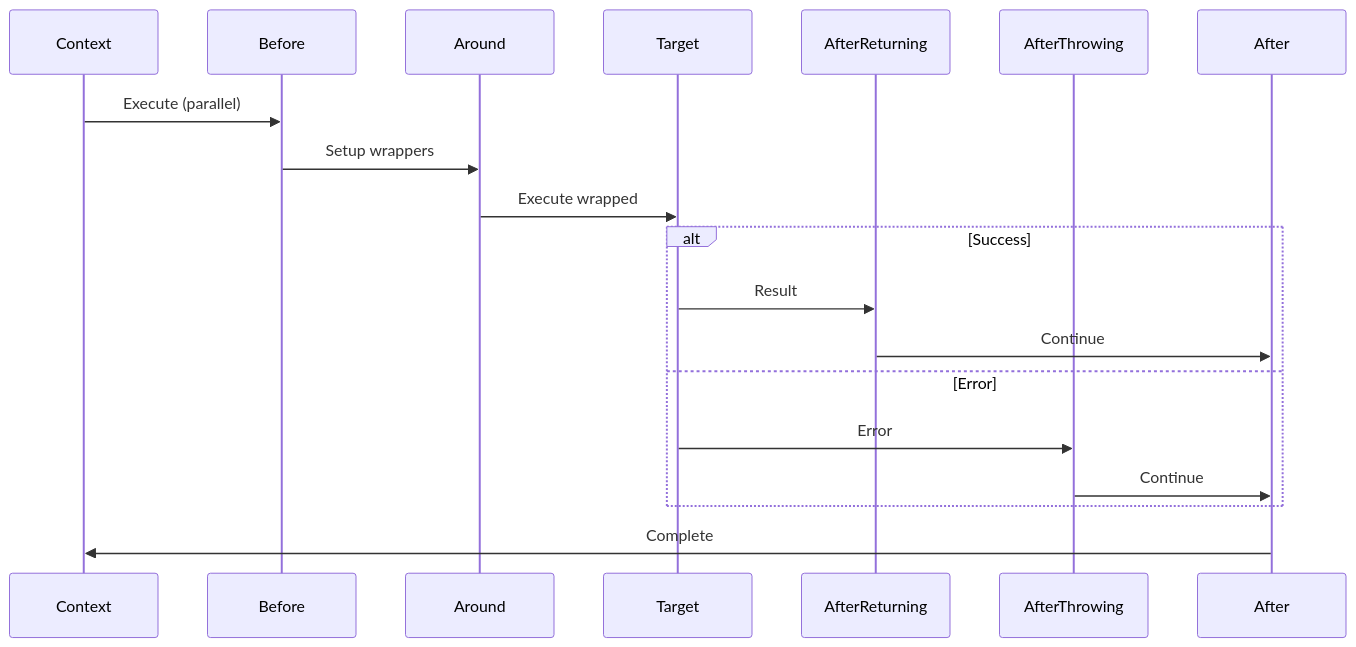
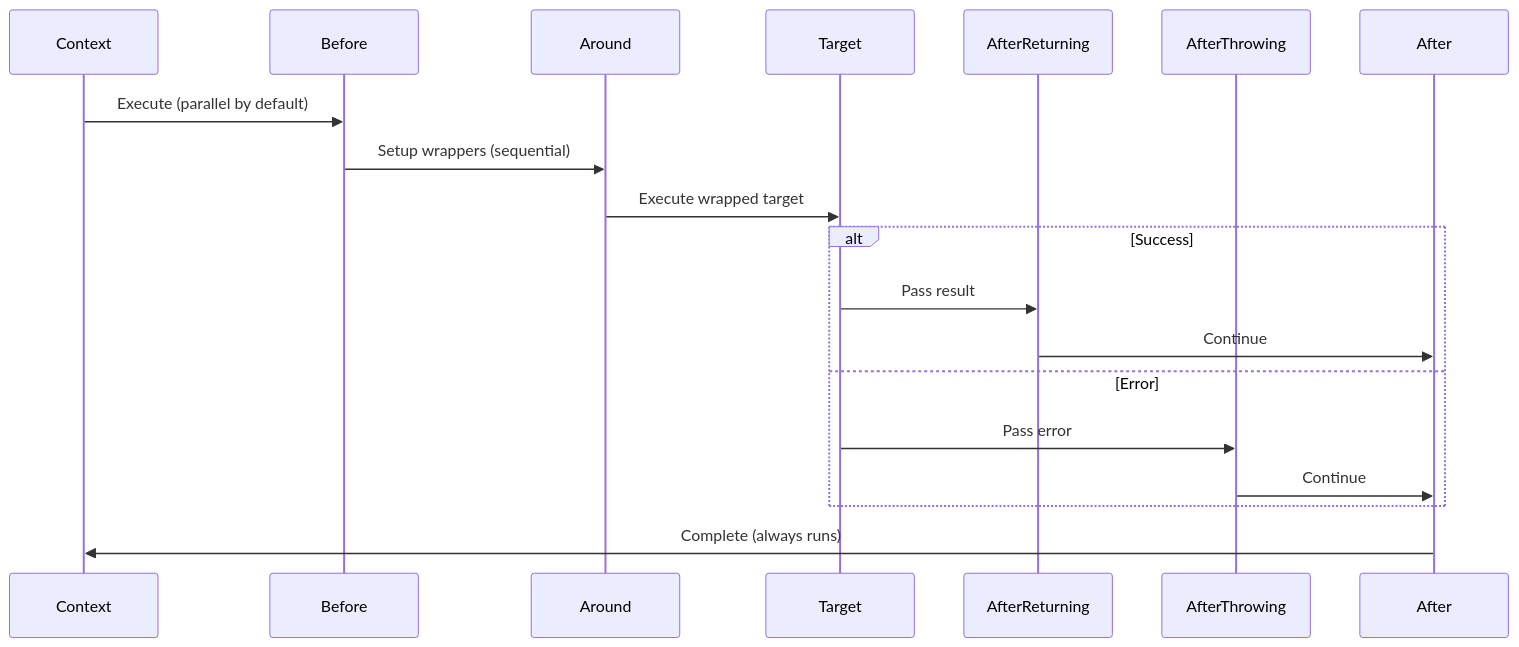
Before and after one commit to h1ylabs/next-loader: the second of 4 diagrams in packages/promise-aop/README.md, drawn with Mermaid. The commit also changed other lines of this file and 18 other files, not shown here.

````diff
--- a/packages/promise-aop/README.md
+++ b/packages/promise-aop/README.md
@@ -43,24 +83,24 @@
 ```mermaid
 sequenceDiagram
     participant Context
     participant Before
     participant Around
     participant Target
     participant AfterReturning
     participant AfterThrowing
     participant After
 
-    Context->>Before: Execute (parallel)
-    Before->>Around: Setup wrappers
-    Around->>Target: Execute wrapped
+    Context->>Before: Execute (parallel by default)
+    Before->>Around: Setup wrappers (sequential)
+    Around->>Target: Execute wrapped target
 
     alt Success
-        Target->>AfterReturning: Result
+        Target->>AfterReturning: Pass result
         AfterReturning->>After: Continue
     else Error
-        Target->>AfterThrowing: Error
+        Target->>AfterThrowing: Pass error
         AfterThrowing->>After: Continue
     end
 
-    After->>Context: Complete
+    After->>Context: Complete (always runs)
 ```
````
